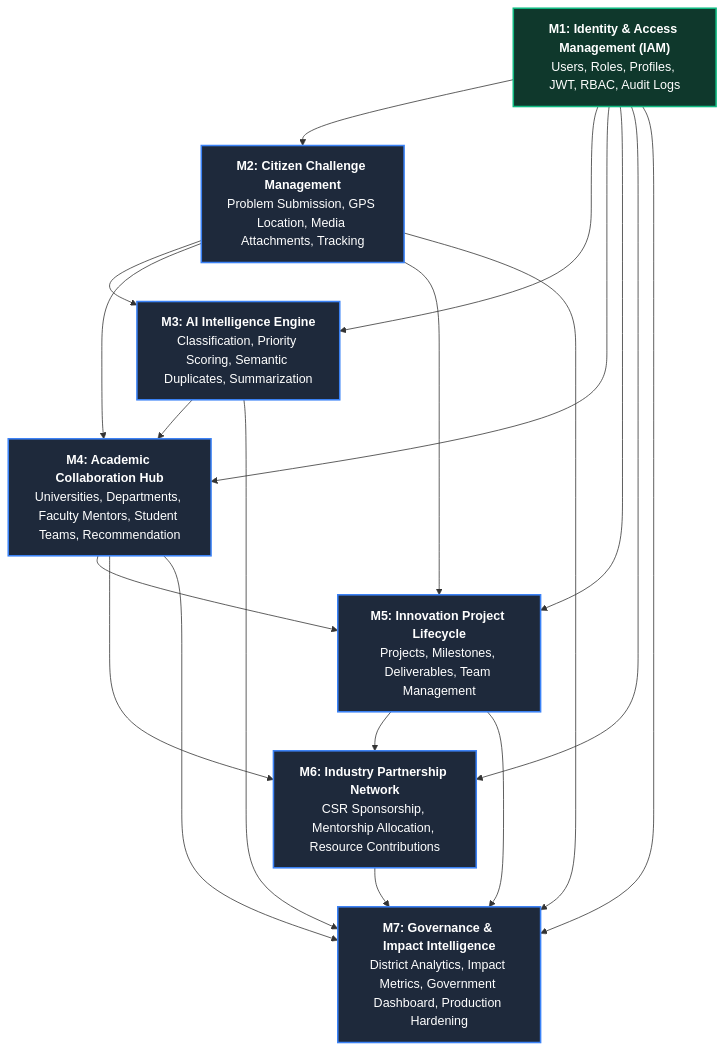
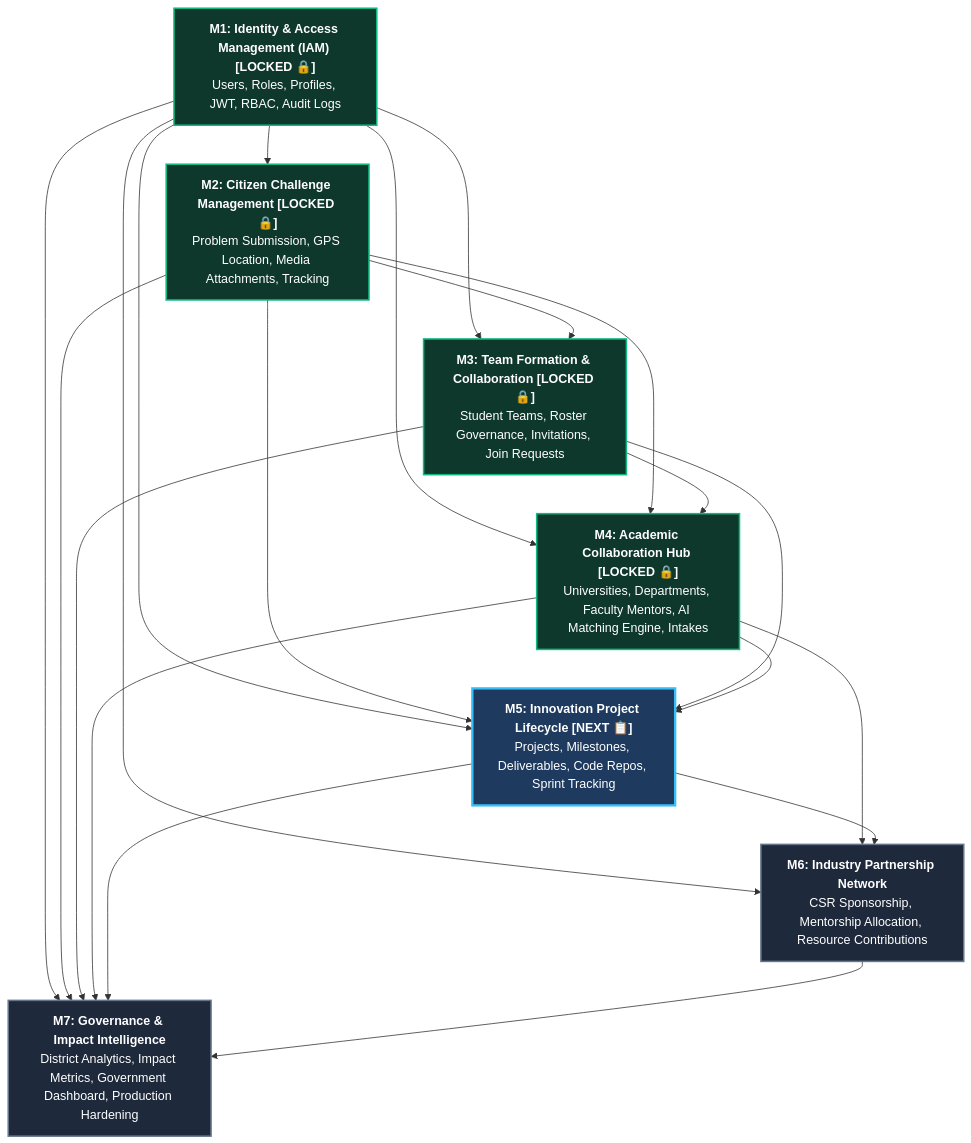
Before and after one commit to complex-day/SICP-National-Platform: the diagram in MODULE-DEPENDENCY.md, drawn with Mermaid. The commit also changed other lines of this file and 32 other files, not shown here.

Commit message:
feat(m4): complete and lock Module 4 - Academic Collaboration Hub (v4.0.0-m4-lock)

````diff
--- a/MODULE-DEPENDENCY.md
+++ b/MODULE-DEPENDENCY.md
@@ -11,39 +11,42 @@
 ```mermaid
 graph TD
-    M1["<b>M1: Identity & Access Management (IAM)</b><br/>Users, Roles, Profiles, JWT, RBAC, Audit Logs"]
+    M1["<b>M1: Identity & Access Management (IAM) [LOCKED 🔒]</b><br/>Users, Roles, Profiles, JWT, RBAC, Audit Logs"]
     
-    M2["<b>M2: Citizen Challenge Management</b><br/>Problem Submission, GPS Location, Media Attachments, Tracking"]
+    M2["<b>M2: Citizen Challenge Management [LOCKED 🔒]</b><br/>Problem Submission, GPS Location, Media Attachments, Tracking"]
     M1 --> M2
 
-    M3["<b>M3: AI Intelligence Engine</b><br/>Classification, Priority Scoring, Semantic Duplicates, Summarization"]
+    M3["<b>M3: Team Formation & Collaboration [LOCKED 🔒]</b><br/>Student Teams, Roster Governance, Invitations, Join Requests"]
     M1 --> M3
     M2 --> M3
 
-    M4["<b>M4: Academic Collaboration Hub</b><br/>Universities, Departments, Faculty Mentors, Student Teams, Recommendation"]
+    M4["<b>M4: Academic Collaboration Hub [LOCKED 🔒]</b><br/>Universities, Departments, Faculty Mentors, AI Matching Engine, Intakes"]
     M1 --> M4
     M2 --> M4
     M3 --> M4
 
-    M5["<b>M5: Innovation Project Lifecycle</b><br/>Projects, Milestones, Deliverables, Team Management"]
+    M5["<b>M5: Innovation Project Lifecycle [NEXT 📋]</b><br/>Projects, Milestones, Deliverables, Code Repos, Sprint Tracking"]
     M1 --> M5
     M2 --> M5
+    M3 --> M5
     M4 --> M5
 
     M6["<b>M6: Industry Partnership Network</b><br/>CSR Sponsorship, Mentorship Allocation, Resource Contributions"]
     M1 --> M6
     M4 --> M6
     M5 --> M6
 
     M7["<b>M7: Governance & Impact Intelligence</b><br/>District Analytics, Impact Metrics, Government Dashboard, Production Hardening"]
     M1 --> M7
     M2 --> M7
     M3 --> M7
     M4 --> M7
     M5 --> M7
     M6 --> M7
 
     classDef locked fill:#0f382c,stroke:#10b981,stroke-width:2px,color:#fff;
-    classDef upcoming fill:#1e293b,stroke:#3b82f6,stroke-width:2px,color:#fff;
-    class M1 locked;
-    class M2,M3,M4,M5,M6,M7 upcoming;
+    classDef nextModule fill:#1e3a5f,stroke:#38bdf8,stroke-width:3px,color:#fff;
+    classDef upcoming fill:#1e293b,stroke:#64748b,stroke-width:2px,color:#fff;
+    class M1,M2,M3,M4 locked;
+    class M5 nextModule;
+    class M6,M7 upcoming;
 ```
````
